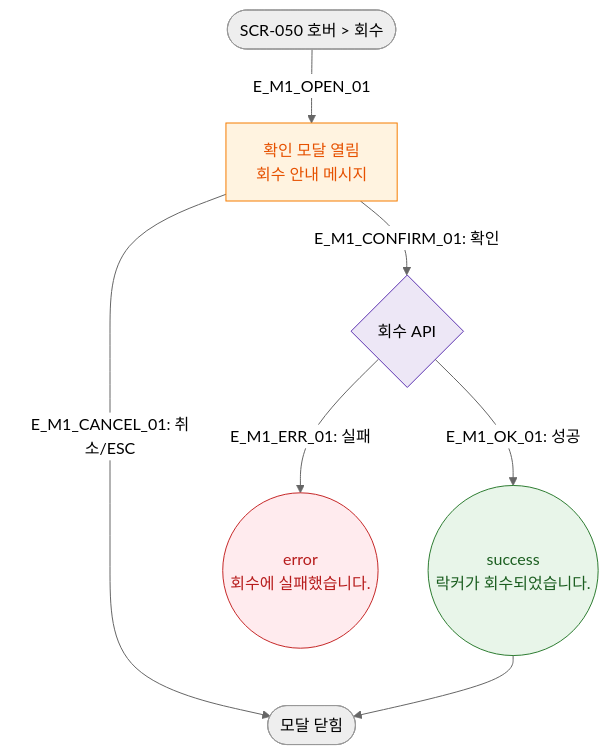
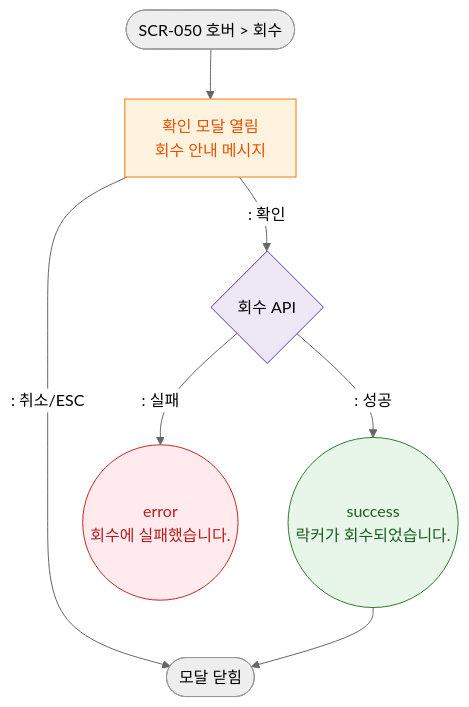
The diagram in docs/다이어그램/D06_시설관리/DLG/DLG-050-003_락커회수확인/M1_생명주기.md (dev-spogym/admin-pando), drawn with Mermaid (neutral theme) before and after one commit. The commit also changed other lines of this file and 1660 other files, not shown here.

First line of the commit message:
다이어그램: 기획자/클라이언트 납품본으로 정리

````diff
--- a/docs/다이어그램/D06_시설관리/DLG/DLG-050-003_락커회수확인/M1_생명주기.md
+++ b/docs/다이어그램/D06_시설관리/DLG/DLG-050-003_락커회수확인/M1_생명주기.md
@@ -16,18 +14,18 @@
 ```mermaid
 flowchart TD
-    TRIGGER([SCR-050 호버 > 회수]) -->|E_M1_OPEN_01| OPEN[확인 모달 열림\n회수 안내 메시지]
-    OPEN -->|"E_M1_CONFIRM_01: 확인"| RevokeAPI{회수 API}
-    RevokeAPI -->|"E_M1_OK_01: 성공"| SUCCESS((success\n락커가 회수되었습니다.))
-    RevokeAPI -->|"E_M1_ERR_01: 실패"| FAIL((error\n회수에 실패했습니다.))
-    OPEN -->|"E_M1_CANCEL_01: 취소/ESC"| CLOSED([모달 닫힘])
+    TRIGGER([SCR-050 호버 > 회수]) --> OPEN[확인 모달 열림\n회수 안내 메시지]
+    OPEN -->|": 확인"|RevokeAPI{회수 API}
+    RevokeAPI -->|": 성공"|SUCCESS((success\n락커가 회수되었습니다.))
+    RevokeAPI -->|": 실패"|FAIL((error\n회수에 실패했습니다.))
+    OPEN -->|": 취소/ESC"|CLOSED([모달 닫힘])
     SUCCESS --> CLOSED
 
     classDef modal fill:#FFF3E0,stroke:#F57C00,color:#E65100
     classDef success fill:#E8F5E9,stroke:#2E7D32,color:#1B5E20
     classDef error fill:#FFEBEE,stroke:#C62828,color:#B71C1C
     classDef system fill:#EDE7F6,stroke:#5E35B2
     class OPEN modal
     class SUCCESS success
     class FAIL error
     class RevokeAPI system
 ```
````
